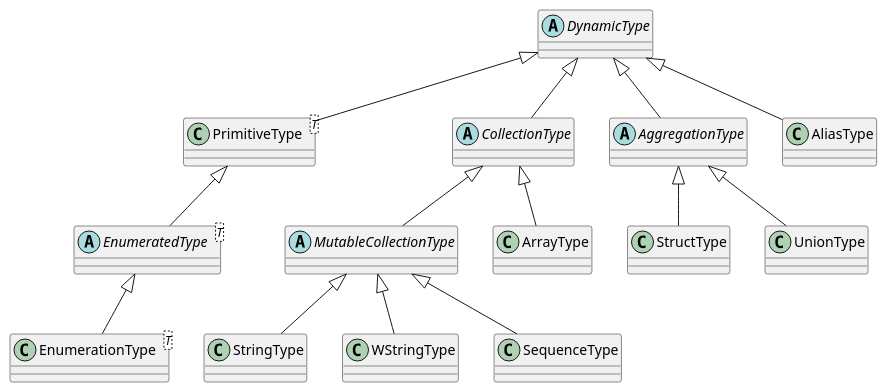
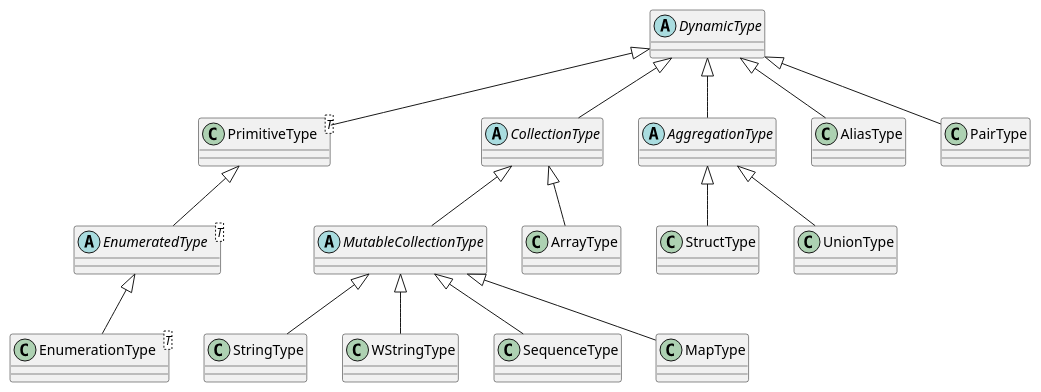
Before and after one commit to eProsima/xtypes: the diagram in docs/types_inheritance.puml, drawn with PlantUML. The commit also changed 1 other file, not shown here.

Commit message:
Refs #7283 Updated diagram.

```diff
--- a/docs/types_inheritance.puml
+++ b/docs/types_inheritance.puml
@@ -1,28 +1,30 @@
 @startuml
+
 PrimitiveType -up-|> DynamicType
 AggregationType -up-|> DynamicType
 CollectionType -up-|> DynamicType
-
 AliasType -up-|> DynamicType
+PairType -up-|> DynamicType
 
 StructType -up-|> AggregationType
 UnionType -up-|> AggregationType
 
 ArrayType -up-|> CollectionType
 MutableCollectionType -up-|> CollectionType
 
 StringType -up-|> MutableCollectionType
 WStringType -up-|> MutableCollectionType
 SequenceType -up-|> MutableCollectionType
+MapType -up-|> MutableCollectionType
 
 EnumeratedType -up-|> PrimitiveType
 EnumerationType -up-|> EnumeratedType
 
 abstract DynamicType
 abstract AggregationType
 abstract CollectionType
 abstract MutableCollectionType
 class PrimitiveType<T>
 abstract EnumeratedType<T>
 class EnumerationType<T>
 @enduml
```
